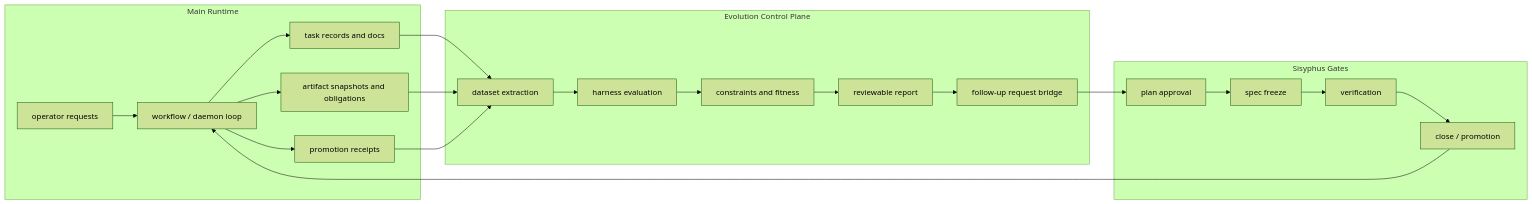
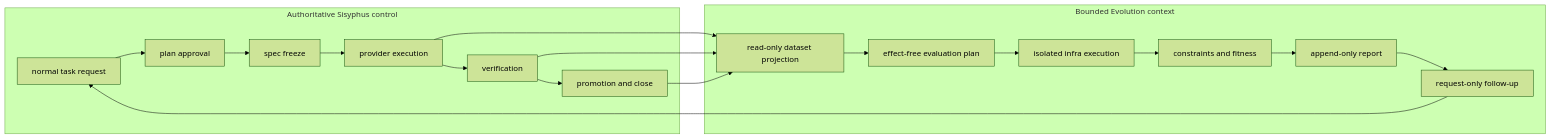
The sixth of 8 diagrams in docs/runtime-relationship-diagrams.md (jihkang/Sisyphus), drawn with Mermaid (forest theme) before and after one commit. The commit also changed other lines of this file and 471 other files, not shown here.

First line of the commit message:
Migrate Sisyphus core to Clean Architecture (#64)

````diff
--- a/docs/runtime-relationship-diagrams.md
+++ b/docs/runtime-relationship-diagrams.md
@@ -165,44 +179,35 @@
 ```mermaid
 flowchart LR
-    subgraph Main["Main Runtime"]
-        Requests[operator requests]
-        TaskLoop[workflow / daemon loop]
-        TaskState[task records and docs]
-        ArtifactState[artifact snapshots and obligations]
-        Promotion[promotion receipts]
+    subgraph Control["Authoritative Sisyphus control"]
+        Requests["normal task request"]
+        Plan["plan approval"]
+        Freeze["spec freeze"]
+        Agent["provider execution"]
+        Verify["verification"]
+        Promote["promotion and close"]
     end
 
-    subgraph Evolution["Evolution Control Plane"]
-        Dataset[dataset extraction]
-        Harness[harness evaluation]
-        Fitness[constraints and fitness]
-        Report[reviewable report]
-        Followup[follow-up request bridge]
+    subgraph Evolution["Bounded Evolution context"]
+        Dataset["read-only dataset projection"]
+        Harness["effect-free evaluation plan"]
+        Effects["isolated infra execution"]
+        Fitness["constraints and fitness"]
+        Report["append-only report"]
+        Followup["request-only follow-up"]
     end
 
-    subgraph Gates["Sisyphus Gates"]
-        Plan[plan approval]
-        Spec[spec freeze]
-        Verify[verification]
-        Close[close / promotion]
-    end
-
-    Requests --> TaskLoop
-    TaskLoop --> TaskState
-    TaskLoop --> ArtifactState
-    TaskLoop --> Promotion
-
-    TaskState --> Dataset
-    ArtifactState --> Dataset
-    Promotion --> Dataset
+    Agent --> Dataset
+    Verify --> Dataset
+    Promote --> Dataset
     Dataset --> Harness
-    Harness --> Fitness
+    Harness --> Effects
+    Effects --> Fitness
     Fitness --> Report
     Report --> Followup
-
-    Followup --> Plan
-    Plan --> Spec
-    Spec --> Verify
-    Verify --> Close
-    Close --> TaskLoop
+    Followup --> Requests
+    Requests --> Plan
+    Plan --> Freeze
+    Freeze --> Agent
+    Agent --> Verify
+    Verify --> Promote
 ```
````
